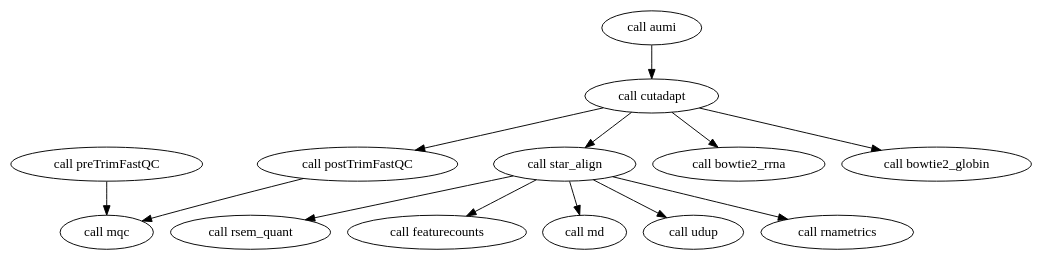
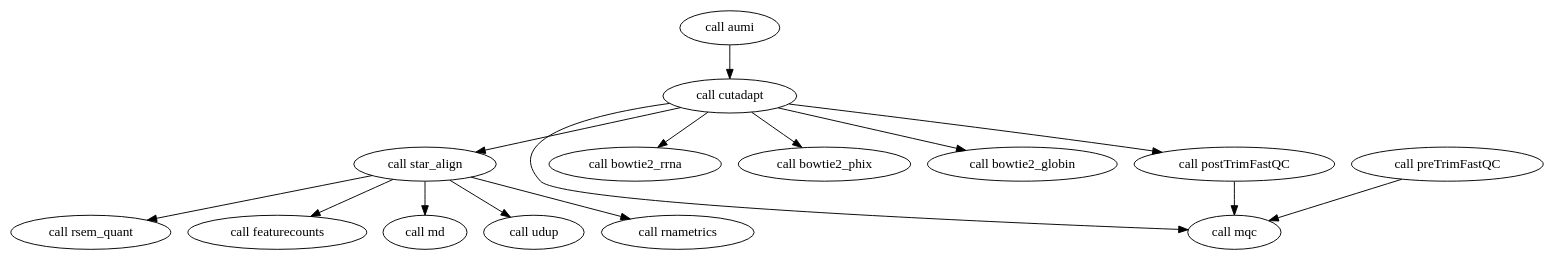
One commit to MoTrPAC/motrpac-rna-seq-pipeline changed the diagram in rnaseq_pipeline.dot. Above: the diagram before and after it, drawn with Graphviz.

Commit message:
regenerated digraph to reflect changes in workflow WDL

```diff
--- a/rnaseq_pipeline.dot
+++ b/rnaseq_pipeline.dot
@@ -1,28 +1,31 @@
 digraph rnaseq_pipeline {
   compound=true;
   "call postTrimFastQC" -> "call mqc" 
   "call star_align" -> "call rsem_quant" 
+  "call cutadapt" -> "call mqc" 
   "call preTrimFastQC" -> "call mqc" 
   "call star_align" -> "call featurecounts" 
   "call cutadapt" -> "call postTrimFastQC" 
   "call aumi" -> "call cutadapt" 
   "call cutadapt" -> "call bowtie2_rrna" 
   "call star_align" -> "call md" 
   "call cutadapt" -> "call star_align" 
+  "call cutadapt" -> "call bowtie2_phix" 
   "call star_align" -> "call udup" 
   "call star_align" -> "call rnametrics" 
   "call cutadapt" -> "call bowtie2_globin" 
   "call aumi"
   "call featurecounts"
   "call star_align"
   "call bowtie2_globin"
   "call mqc"
   "call bowtie2_rrna"
   "call cutadapt"
   "call rnametrics"
   "call rsem_quant"
   "call preTrimFastQC"
   "call udup"
   "call md"
+  "call bowtie2_phix"
   "call postTrimFastQC"
 }
```
